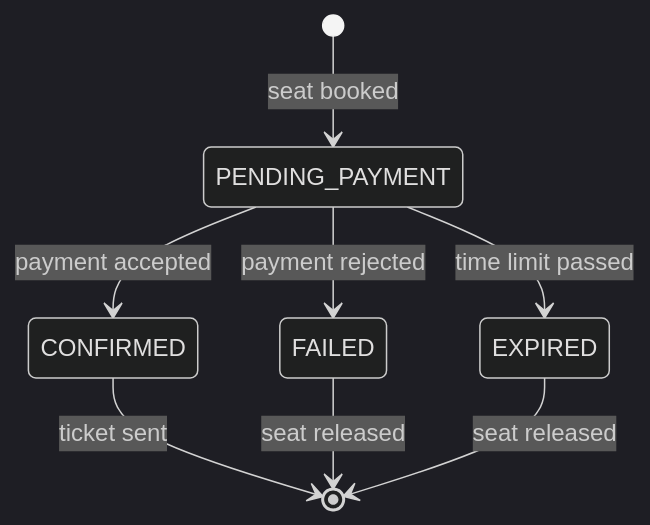
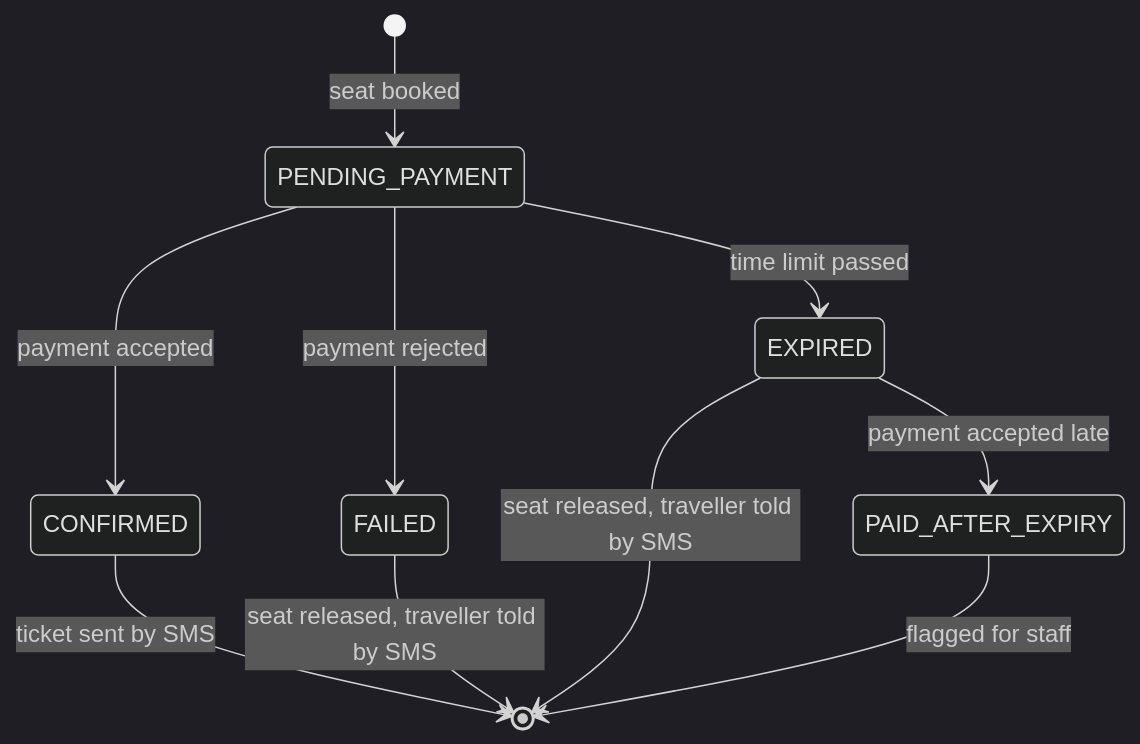
One commit to CREDO23/devops-lab changed the first of 4 diagrams in docs/architecture/app.md. Above: the diagram before and after it, drawn with Mermaid (dark theme). The commit also changed other lines of this file and 7 other files, not shown here.

````diff
--- a/docs/architecture/app.md
+++ b/docs/architecture/app.md
@@ -65,10 +76,12 @@
 ```mermaid
 stateDiagram-v2
     [*] --> PENDING_PAYMENT: seat booked
     PENDING_PAYMENT --> CONFIRMED: payment accepted
     PENDING_PAYMENT --> FAILED: payment rejected
     PENDING_PAYMENT --> EXPIRED: time limit passed
-    CONFIRMED --> [*]: ticket sent
-    FAILED --> [*]: seat released
-    EXPIRED --> [*]: seat released
+    EXPIRED --> PAID_AFTER_EXPIRY: payment accepted late
+    CONFIRMED --> [*]: ticket sent by SMS
+    FAILED --> [*]: seat released, traveller told by SMS
+    EXPIRED --> [*]: seat released, traveller told by SMS
+    PAID_AFTER_EXPIRY --> [*]: flagged for staff
 ```
````
